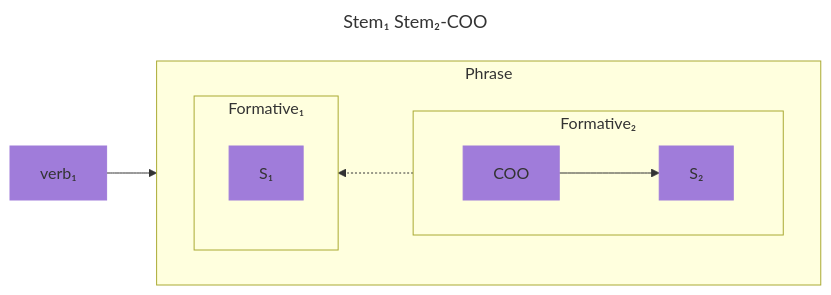
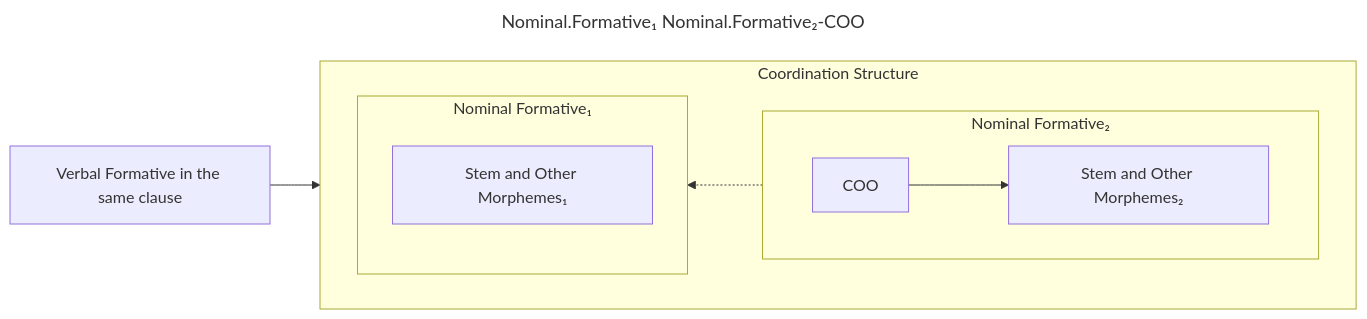
Before and after one commit to yuorb/yuorb.github.io: the fourth of 4 diagrams in src/en/docs/scoping.md, drawn with Mermaid. The commit also changed other lines of this file and 1 other file, not shown here.

````diff
--- a/src/en/docs/scoping.md
+++ b/src/en/docs/scoping.md
@@ -98,24 +198,21 @@
 ```mermaid
 ---
-title: Stem₁ Stem₂-COO
+title: Nominal.Formative₁ Nominal.Formative₂-COO
 ---
 
 flowchart LR
-    subgraph ph[Phrase]
+    subgraph cs[Coordination Structure]
      direction RL
-        subgraph f1[Formative₁]
-        a[S₁]
+        subgraph f1[Nominal Formative₁]
+        a[Stem and Other Morphemes₁]
         end
-        subgraph f2[Formative₂]
+        subgraph f2[Nominal Formative₂]
         direction LR
         b[COO]
-        c[S₂]
+        c[Stem and Other Morphemes₂]
         b-->c
         end
     b -.-> f1
     end
-    v[verb₁]-->ph
-
-    class a,b,c,d,e,f,g,h,i,j,k,l,m,n,o,p,q,r,s,t,u,v,w,x,y,z styl;
-    classDef styl fill:#a07cda,stroke:#a07cda
+    v[Verbal Formative in the same clause]-->cs
 ```
````
